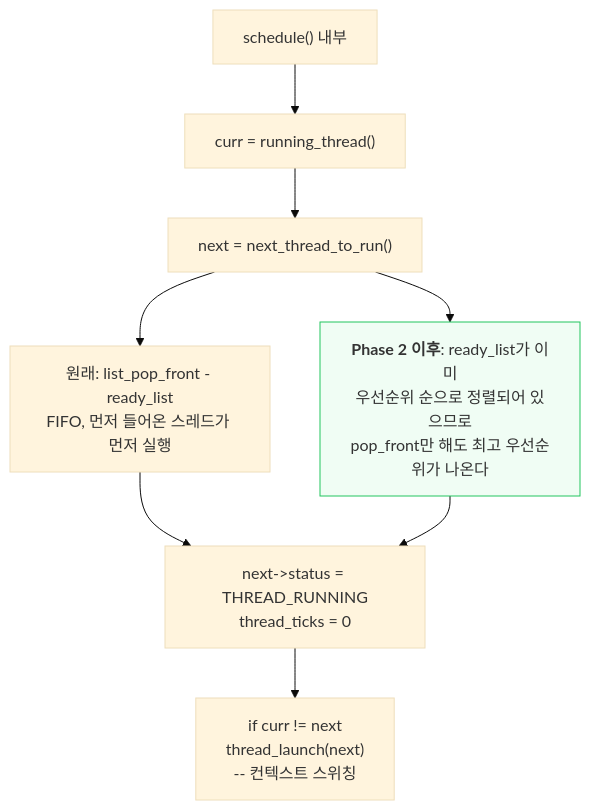
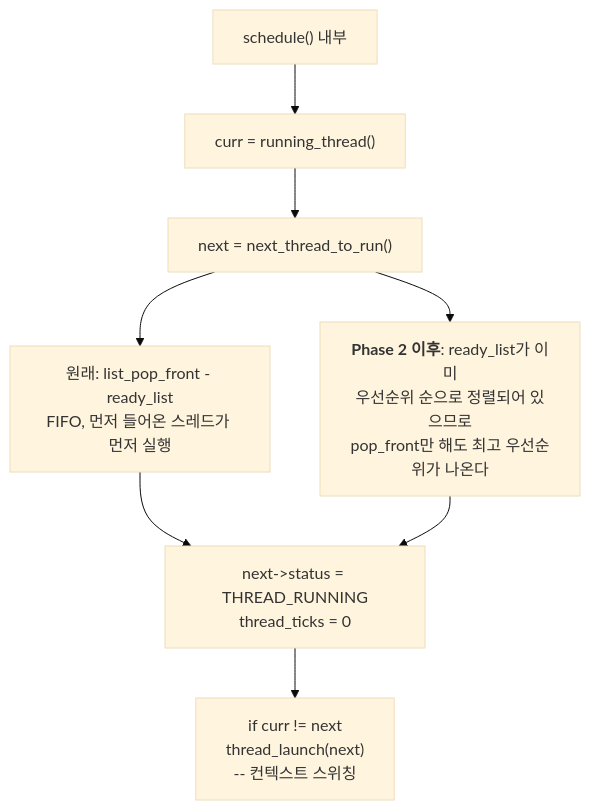
One commit to Jungle-12-303/wk09_1 changed the fifth of 10 diagrams in docs/pintos/01-big-picture.md. Above: the diagram before and after it, drawn with Mermaid (base theme). The commit also changed other lines of this file, not shown here.

First line of the commit message:
style: Mermaid 다이어그램에서 커스텀 컬러 style 지시문을 제거

````diff
--- a/docs/pintos/01-big-picture.md
+++ b/docs/pintos/01-big-picture.md
@@ -169,19 +151,18 @@
 ```mermaid
 graph TD
     START["schedule() 내부"]
     CURR["curr = running_thread()"]
     NEXT["next = next_thread_to_run()"]
     ORIG["원래: list_pop_front - ready_list<br/>FIFO, 먼저 들어온 스레드가 먼저 실행"]
     PH2["<b>Phase 2 이후</b>: ready_list가 이미<br/>우선순위 순으로 정렬되어 있으므로<br/>pop_front만 해도 최고 우선순위가 나온다"]
     SET["next->status = THREAD_RUNNING<br/>thread_ticks = 0"]
     SWITCH["if curr != next<br/>thread_launch(next)<br/>-- 컨텍스트 스위칭"]
 
     START --> CURR --> NEXT
     NEXT --> ORIG
     NEXT --> PH2
     ORIG --> SET
     PH2 --> SET
     SET --> SWITCH
 
-    style PH2 fill:#F0FDF4,stroke:#22C55E
 ```
````
